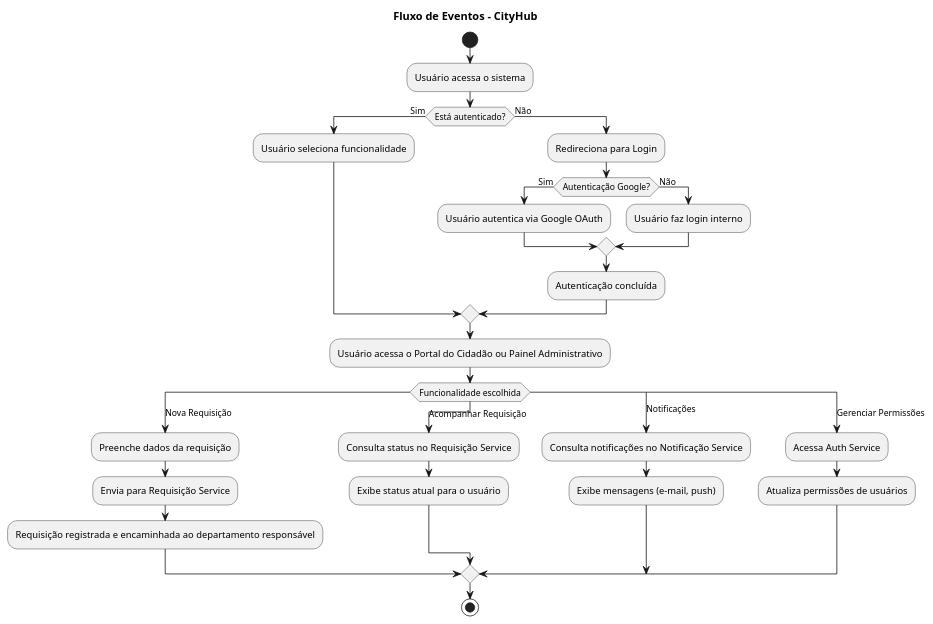
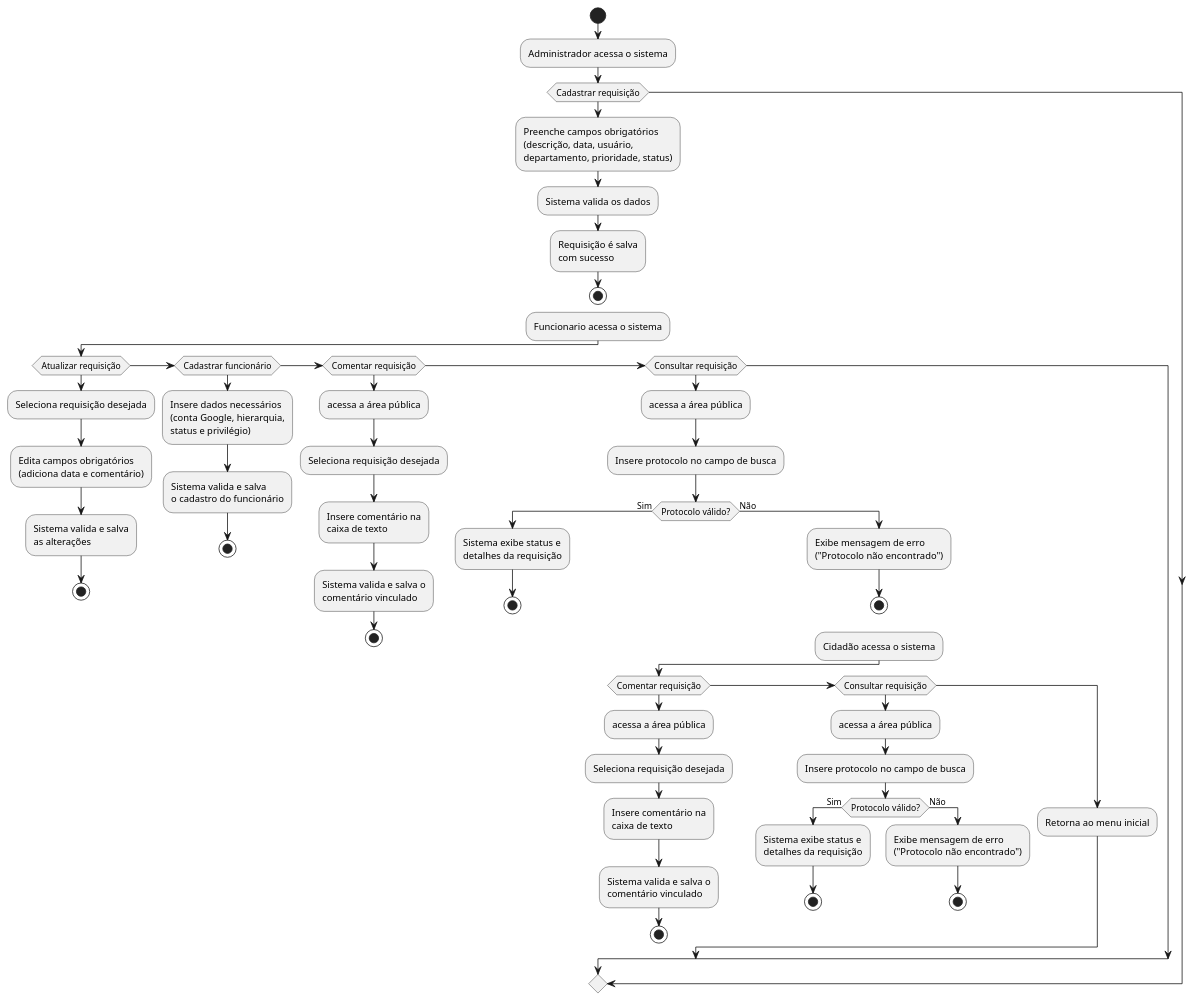
Before and after one commit to Francielefernandes06/documentacao-projeto-coorporativo-2024.2: the diagram in diagramas/Fluxo_Eventos.puml, drawn with PlantUML. The commit also changed 19 other files, not shown here.

Commit message:
refatorando: Diagrama de classe, caso de uso, fluxo de eventos, eap, rf, rnf, rn, escopo-produto e excopo-projeto

```diff
--- a/diagramas/Fluxo_Eventos.puml
+++ b/diagramas/Fluxo_Eventos.puml
@@ -1,37 +1,54 @@
 @startuml
-title Fluxo de Eventos - CityHub
-
 start
-:Usuário acessa o sistema;
-if (Está autenticado?) then (Sim)
-  :Usuário seleciona funcionalidade;
-else (Não)
-  :Redireciona para Login;
-  if (Autenticação Google?) then (Sim)
-    :Usuário autentica via Google OAuth;
-  else (Não)
-    :Usuário faz login interno;
-  endif
-  :Autenticação concluída;
+:Administrador acessa o sistema;
+if (Cadastrar requisição)
+    :Preenche campos obrigatórios\n(descrição, data, usuário,\ndepartamento, prioridade, status);
+    :Sistema valida os dados;
+    :Requisição é salva\ncom sucesso;
+    stop
+:Funcionario acessa o sistema;
+if (Atualizar requisição)
+    :Seleciona requisição desejada;
+    :Edita campos obrigatórios\n(adiciona data e comentário);
+    :Sistema valida e salva\nas alterações;
+    stop
+else if (Cadastrar funcionário)
+    :Insere dados necessários\n(conta Google, hierarquia,\nstatus e privilégio);
+    :Sistema valida e salva\no cadastro do funcionário;
+    stop
+else if (Comentar requisição)
+    :acessa a área pública;
+    :Seleciona requisição desejada;
+    :Insere comentário na\ncaixa de texto;
+    :Sistema valida e salva o\ncomentário vinculado;
+    stop
+else if (Consultar requisição)
+    :acessa a área pública;
+    :Insere protocolo no campo de busca;
+    if (Protocolo válido?) then (Sim)
+        :Sistema exibe status e\ndetalhes da requisição;
+        stop
+    else (Não)
+        :Exibe mensagem de erro\n("Protocolo não encontrado");
+        stop
+:Cidadão acessa o sistema;
+if (Comentar requisição)
+    :acessa a área pública;
+    :Seleciona requisição desejada;
+    :Insere comentário na\ncaixa de texto;
+    :Sistema valida e salva o\ncomentário vinculado;
+    stop
+else if (Consultar requisição)
+    :acessa a área pública;
+    :Insere protocolo no campo de busca;
+    if (Protocolo válido?) then (Sim)
+        :Sistema exibe status e\ndetalhes da requisição;
+        stop
+    else (Não)
+        :Exibe mensagem de erro\n("Protocolo não encontrado");
+        stop
+    endif
+else
+    :Retorna ao menu inicial;
 endif
-
-:Usuário acessa o Portal do Cidadão ou Painel Administrativo;
-
-switch (Funcionalidade escolhida)
-case (Nova Requisição)
-  :Preenche dados da requisição;
-  :Envia para Requisição Service;
-  :Requisição registrada e encaminhada ao departamento responsável;
-case (Acompanhar Requisição)
-  :Consulta status no Requisição Service;
-  :Exibe status atual para o usuário;
-case (Notificações)
-  :Consulta notificações no Notificação Service;
-  :Exibe mensagens (e-mail, push);
-case (Gerenciar Permissões)
-  :Acessa Auth Service;
-  :Atualiza permissões de usuários;
-endswitch
-
-stop
 @enduml
```
